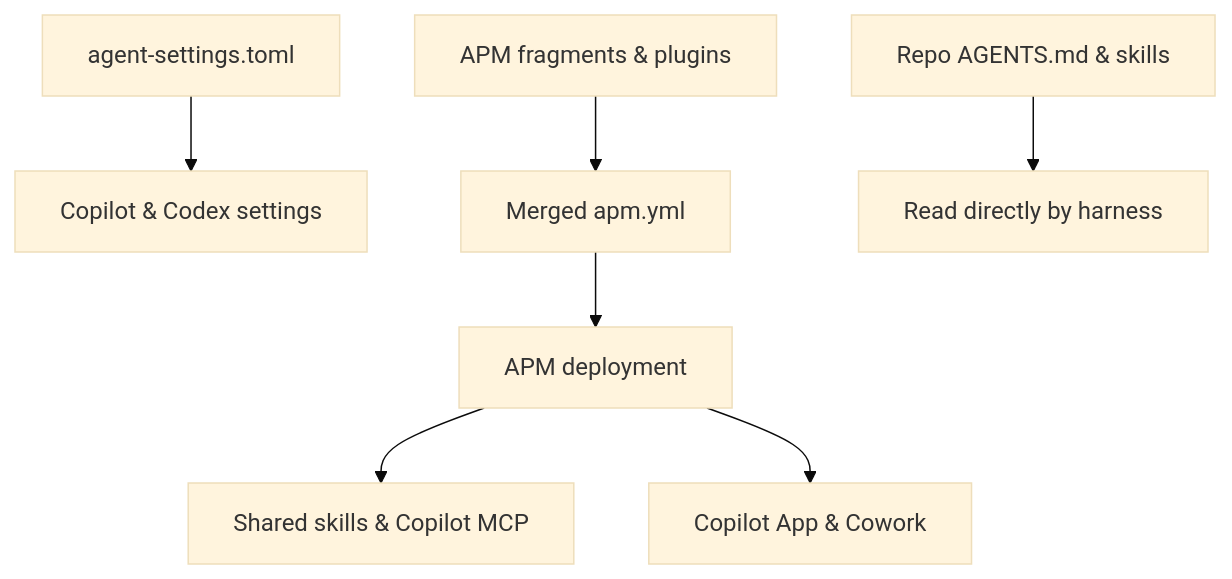
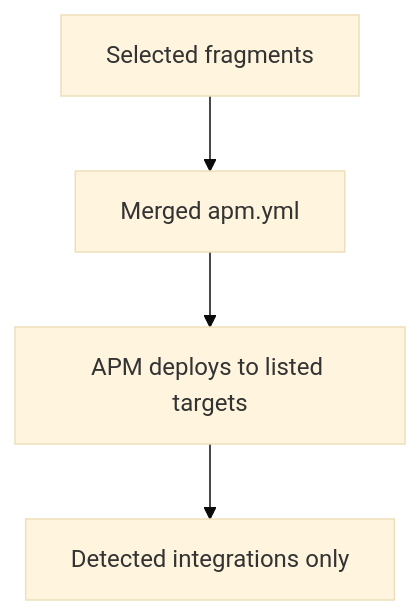
The diagram in docs/content/guides/agent-configuration.md (sneivandt/dotfiles), drawn with Mermaid (base theme) before and after one commit. The commit also changed other lines of this file and 38 other files, not shown here.

````diff
--- a/docs/content/guides/agent-configuration.md
+++ b/docs/content/guides/agent-configuration.md
@@ -38,11 +38,8 @@
 ```mermaid
 flowchart TB
-    accTitle: How agent configuration flows from sources to harnesses
-    accDescr: Declared preferences update Copilot and Codex settings files directly. Selected APM fragments merge into one manifest that APM deploys to shared skills, Copilot MCP, and detected Copilot App or Cowork integrations. Each repository supplies its own AGENTS.md and .agents/skills directly.
-    Prefs["agent-settings.toml"] --> Settings["Copilot & Codex settings"]
-    Frags["APM fragments & plugins"] --> Merge["Merged apm.yml"]
-    Merge --> APM["APM deployment"]
-    APM --> Skills["Shared skills & Copilot MCP"]
-    APM --> Detected["Copilot App & Cowork"]
-    Repo["Repo AGENTS.md & skills"] --> Harness["Read directly by harness"]
+    accTitle: How reusable agent content reaches your tools
+    accDescr: Selected YAML fragments merge into one manifest. APM deploys to its listed targets, then dotfiles handles detected desktop integrations. User preferences and repository instructions do not pass through APM.
+    Frags["Selected fragments"] --> Manifest["Merged apm.yml"]
+    Manifest --> Primary["APM deploys to listed targets"]
+    Primary --> Extra["Detected integrations only"]
 ```
````
